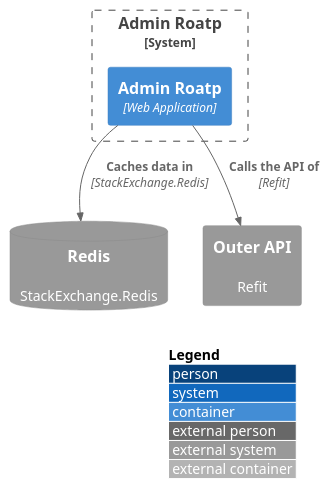
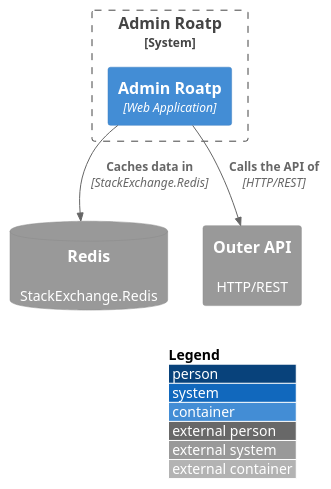
Before and after one commit to talentconsulting/service-catalogue-data: the diagram in das-admin-roatp-web/service-dependencies/service-dependencies.puml, drawn with PlantUML. The commit also changed 22 other files, not shown here.

```diff
--- a/das-admin-roatp-web/service-dependencies/service-dependencies.puml
+++ b/das-admin-roatp-web/service-dependencies/service-dependencies.puml
@@ -1,15 +1,15 @@
 @startuml
 !include https://raw.githubusercontent.com/plantuml-stdlib/C4-PlantUML/master/C4_Container.puml
 LAYOUT_WITH_LEGEND()
 
 System_Boundary(sys_SkillsFundingAgency_das_admin_roatp_web, "Admin Roatp") {
   Container(c_admin_roatp, "Admin Roatp", "Web Application")
 }
 
 SystemDb_Ext(d_cache_redis, "Redis", "StackExchange.Redis")
-System_Ext(d_http_api_outer_api, "Outer API", "Refit")
+System_Ext(d_http_api_outer_api, "Outer API", "HTTP/REST")
 
 Rel(c_admin_roatp, d_cache_redis, "Caches data in", "StackExchange.Redis")
-Rel(c_admin_roatp, d_http_api_outer_api, "Calls the API of", "Refit")
+Rel(c_admin_roatp, d_http_api_outer_api, "Calls the API of", "HTTP/REST")
 
 @enduml
```
